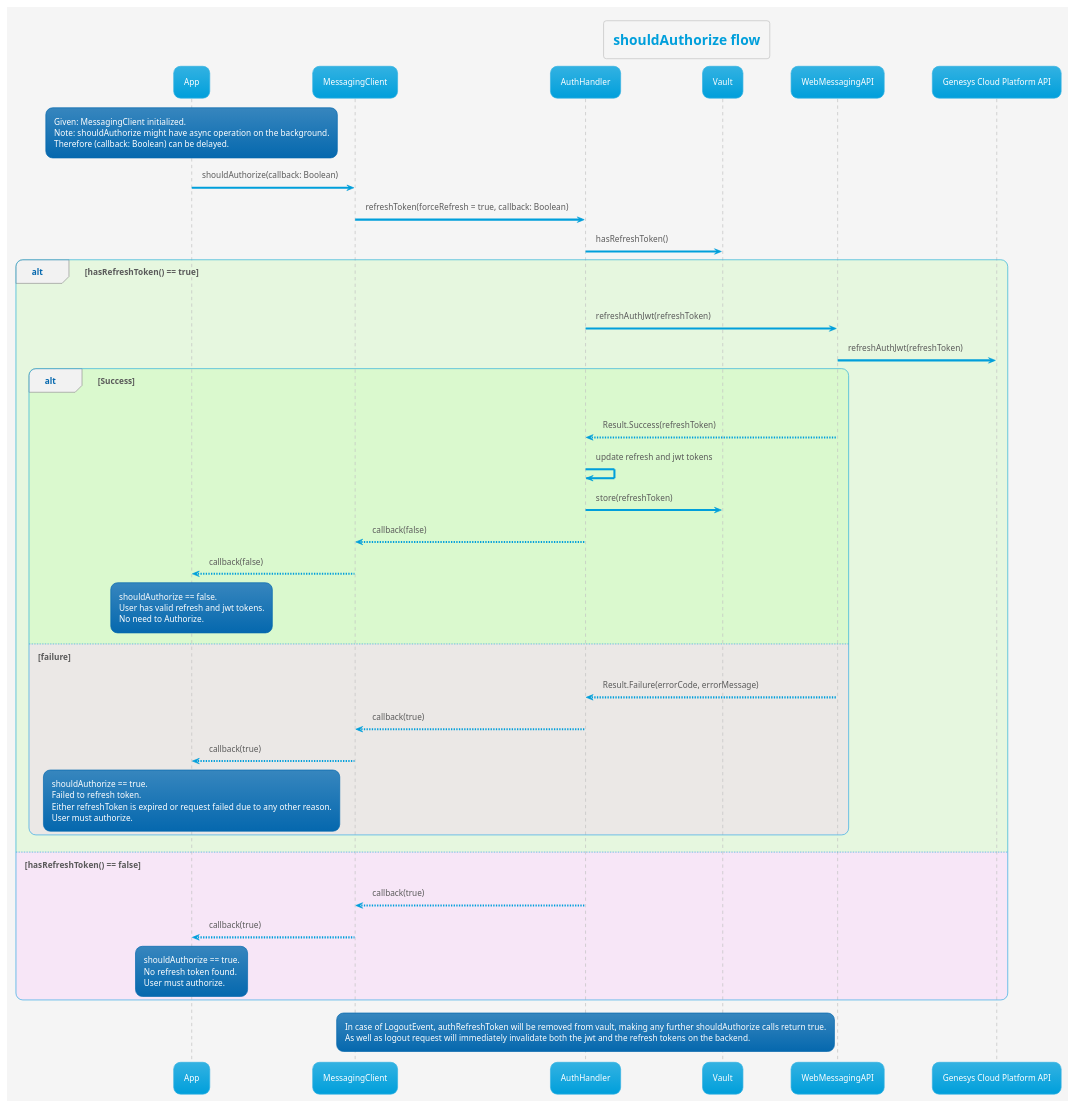
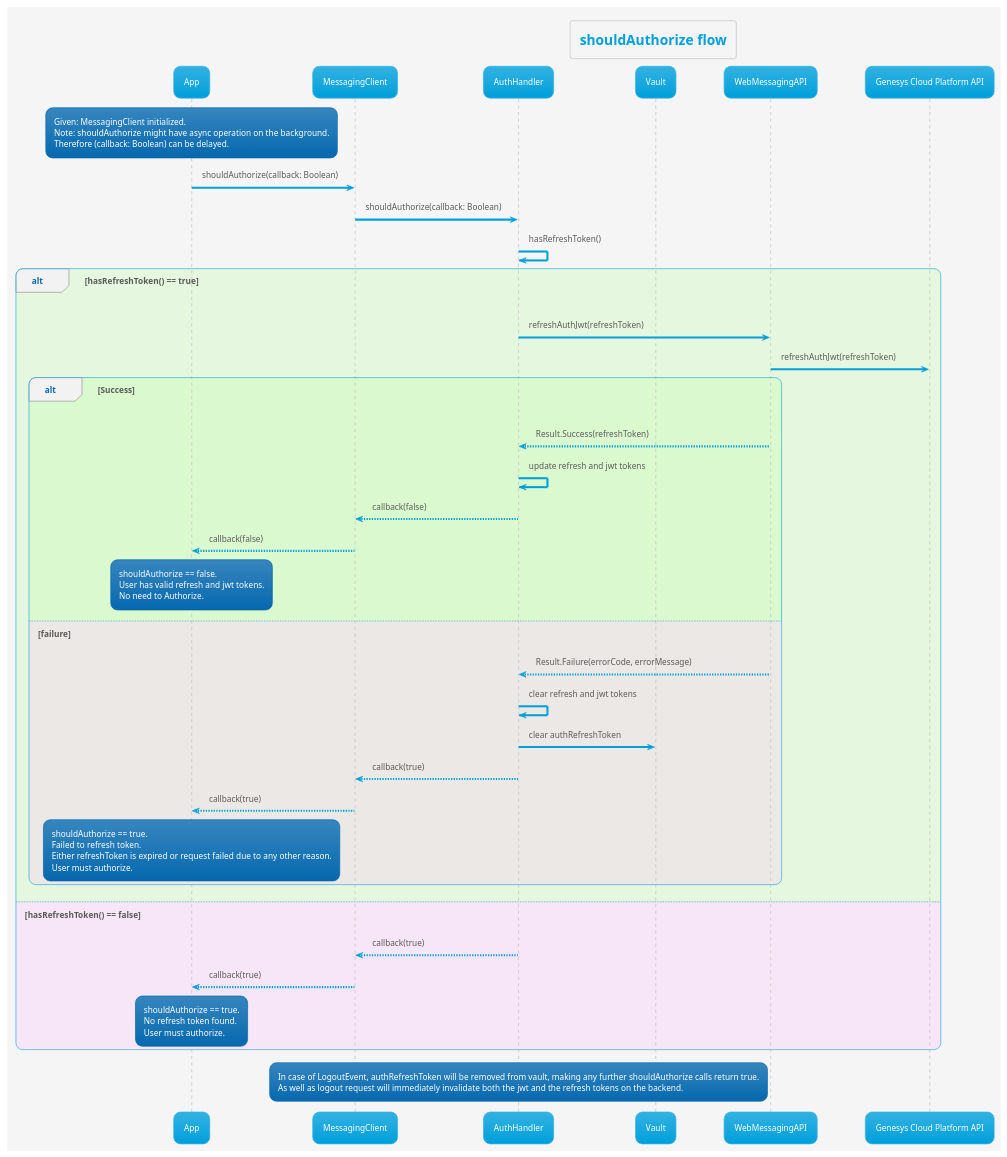
Before and after one commit to MyPureCloud/genesys-messenger-transport-mobile-sdk: the diagram in transport/uml/auth_flow/should_authorize_diagram.puml, drawn with PlantUML. The commit also changed 1 other file, not shown here.

```diff
--- a/transport/uml/auth_flow/should_authorize_diagram.puml
+++ b/transport/uml/auth_flow/should_authorize_diagram.puml
@@ -1,67 +1,68 @@
 @startuml
 'https://plantuml.com/sequence-diagram
 
 !theme bluegray
 !pragma teoz true
 
 skinparam backgroundColor #whitesmoke
 title shouldAuthorize flow
 
 participant App
 participant MessagingClient
 participant AuthHandler
 participant Vault
 participant WebMessagingAPI
 participant "Genesys Cloud Platform API"
 
 rnote over "App"
 Given: MessagingClient initialized.
 Note: shouldAuthorize might have async operation on the background.
 Therefore (callback: Boolean) can be delayed.
 end rnote
 
 App -> MessagingClient : shouldAuthorize(callback: Boolean)
-MessagingClient -> AuthHandler : refreshToken(forceRefresh = true, callback: Boolean)
-AuthHandler -> Vault : hasRefreshToken()
+MessagingClient -> AuthHandler : shouldAuthorize(callback: Boolean)
+AuthHandler -> AuthHandler : hasRefreshToken()
 alt #aaff8833 hasRefreshToken() == true
     AuthHandler -> WebMessagingAPI : refreshAuthJwt(refreshToken)
     WebMessagingAPI -> "Genesys Cloud Platform API" : refreshAuthJwt(refreshToken)
     alt #aaff8833 Success
     WebMessagingAPI --> AuthHandler : Result.Success(refreshToken)
     AuthHandler -> AuthHandler : update refresh and jwt tokens
-    AuthHandler -> Vault : store(refreshToken)
     AuthHandler --> MessagingClient : callback(false)
     MessagingClient --> App : callback(false)
     rnote over "App"
     shouldAuthorize == false.
     User has valid refresh and jwt tokens.
     No need to Authorize.
     end rnote
     else  #ffaaff33 failure
     WebMessagingAPI --> AuthHandler : Result.Failure(errorCode, errorMessage)
+    AuthHandler -> AuthHandler : clear refresh and jwt tokens
+    AuthHandler -> Vault : clear authRefreshToken
     AuthHandler --> MessagingClient : callback(true)
     MessagingClient --> App : callback(true)
     rnote over "App"
     shouldAuthorize == true.
     Failed to refresh token.
     Either refreshToken is expired or request failed due to any other reason.
     User must authorize.
     end rnote
     end
 else #ffaaff33 hasRefreshToken() == false
     AuthHandler --> MessagingClient : callback(true)
     MessagingClient --> App : callback(true)
     rnote over "App"
     shouldAuthorize == true.
     No refresh token found.
     User must authorize.
     end rnote
 end
 
     rnote over AuthHandler
     In case of LogoutEvent, authRefreshToken will be removed from vault, making any further shouldAuthorize calls return true.
     As well as logout request will immediately invalidate both the jwt and the refresh tokens on the backend.
     end rnote
 
 
 @enduml
```
